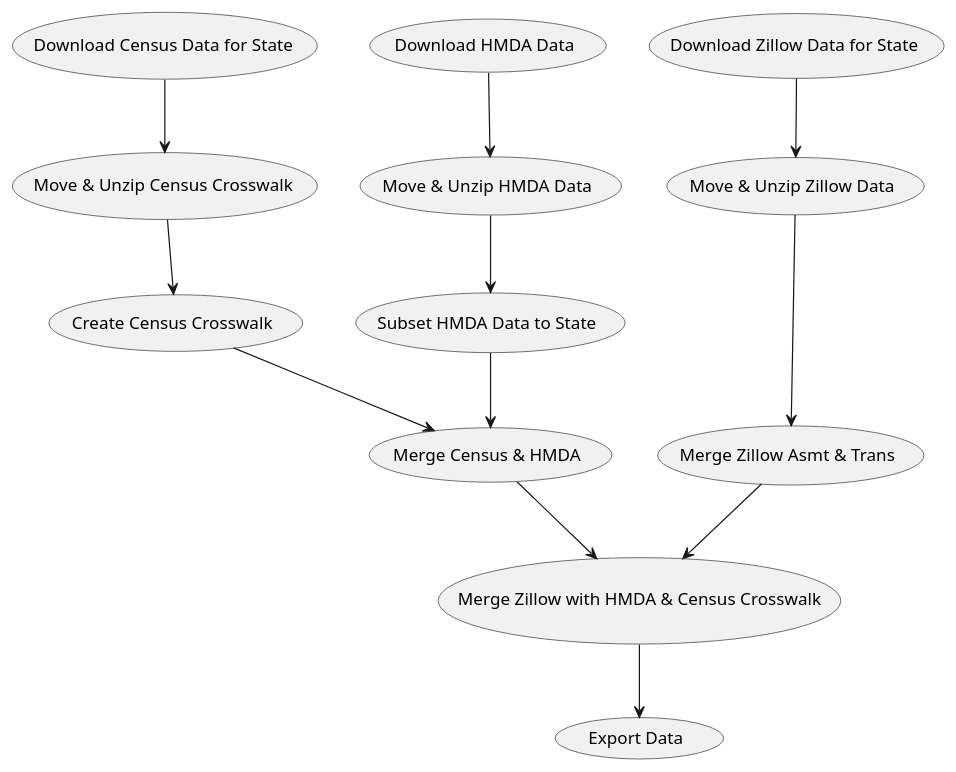
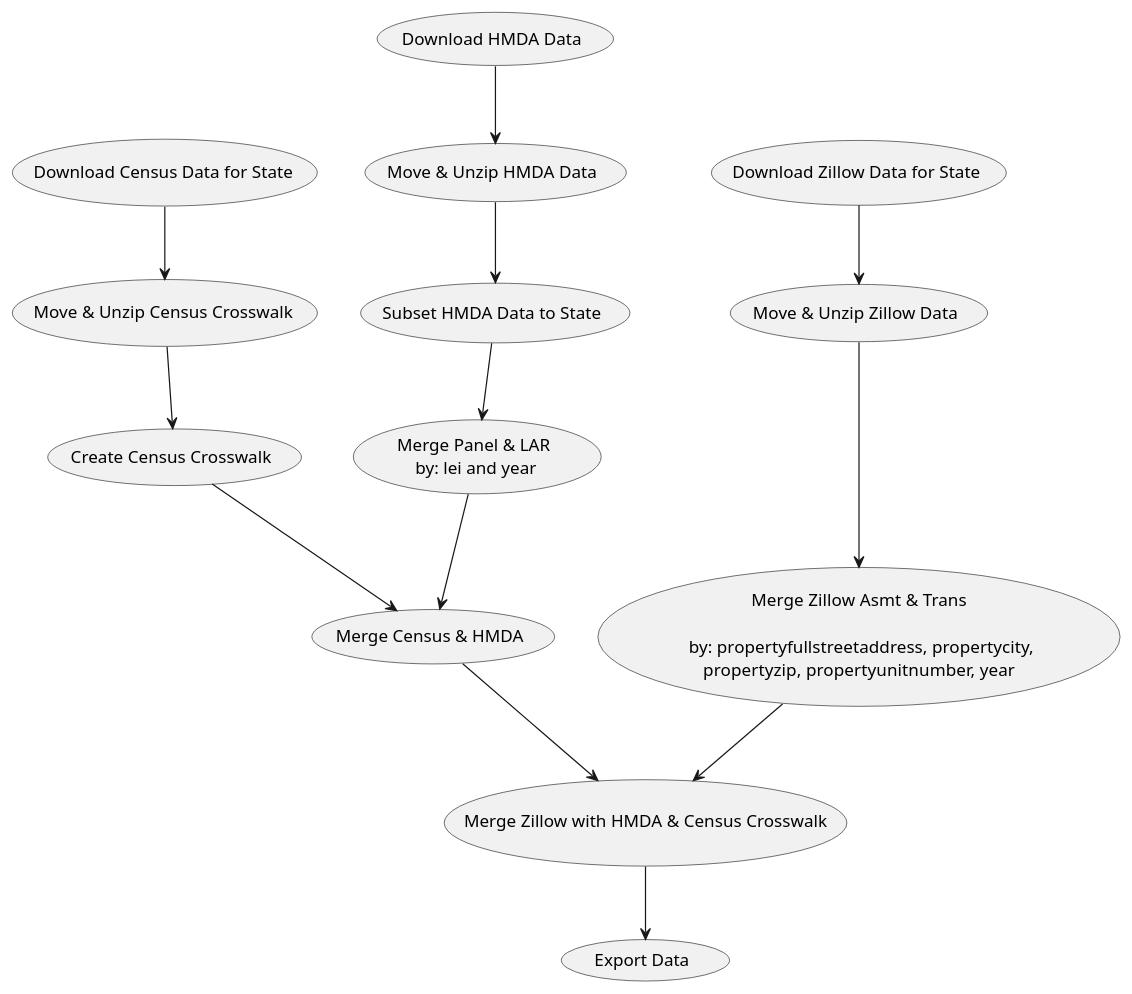
Before and after one commit to HiramTheHero/hmda_zillow_merge: the diagram in illustration/figure.puml, drawn with PlantUML. The commit also changed other lines of this file and 2 other files, not shown here.

Commit message:
Adding HMDA subset file - In progress

```diff
--- a/illustration/figure.puml
+++ b/illustration/figure.puml
@@ -1,21 +1,22 @@
 @startuml 
 
 top to bottom direction
 
 (Export Data)
 
 (Download Census Data for State) --> (Move & Unzip Census Crosswalk)
 (Move & Unzip Census Crosswalk) --> (Create Census Crosswalk)
 (Create Census Crosswalk) --> (Merge Census & HMDA)
 
 (Download HMDA Data) --> (Move & Unzip HMDA Data)
 (Move & Unzip HMDA Data) --> (Subset HMDA Data to State)
-(Subset HMDA Data to State) --> (Merge Census & HMDA)
+(Subset HMDA Data to State) --> (Merge Panel & LAR\n by: lei and year)
+(Merge Panel & LAR\n by: lei and year) --> (Merge Census & HMDA)
 
 (Download Zillow Data for State) --> (Move & Unzip Zillow Data)
-(Move & Unzip Zillow Data) ---> (Merge Zillow Asmt & Trans)
-(Merge Zillow Asmt & Trans) --> (Merge Zillow with HMDA & Census Crosswalk)
+(Move & Unzip Zillow Data) ---> (Merge Zillow Asmt & Trans\n\n by: propertyfullstreetaddress, propertycity,\npropertyzip, propertyunitnumber, year)
+(Merge Zillow Asmt & Trans\n\n by: propertyfullstreetaddress, propertycity,\npropertyzip, propertyunitnumber, year) --> (Merge Zillow with HMDA & Census Crosswalk)
 (Merge Census & HMDA) --> (Merge Zillow with HMDA & Census Crosswalk)
 (Merge Zillow with HMDA & Census Crosswalk) --> (Export Data)
 
 @enduml
```
